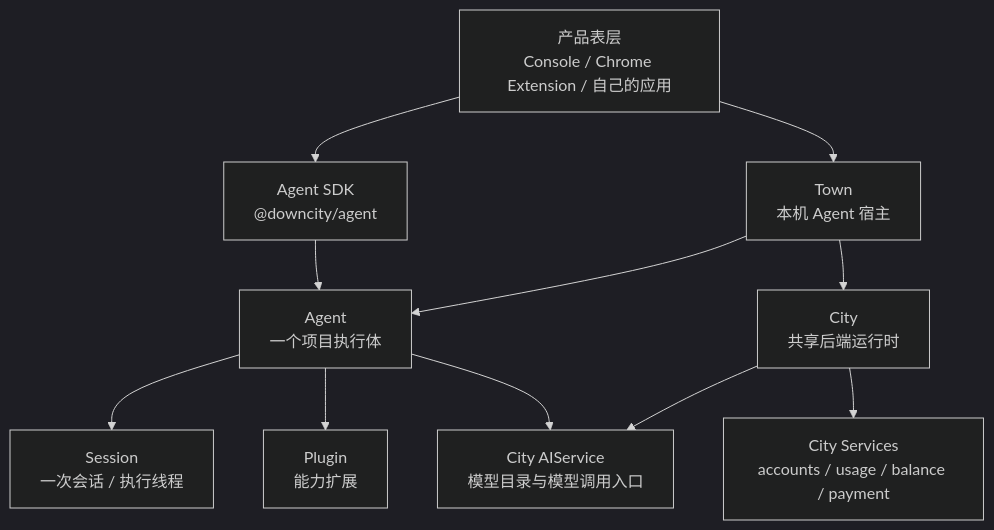
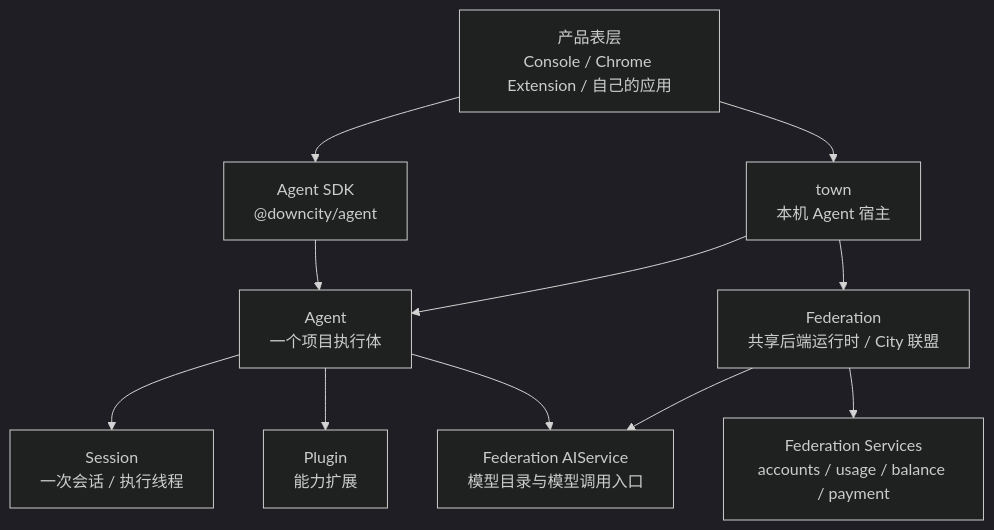
Before and after one commit to wangenius/downcity: the diagram in homepage/content/docs/zh/concepts/downcity-core-concepts.mdx, drawn with Mermaid (dark theme). The commit also changed other lines of this file and 370 other files, not shown here.

Commit message:
feat(city): migrate CityBase/City/Town to Federation/CityPact/City

````diff
--- a/homepage/content/docs/zh/concepts/downcity-core-concepts.mdx
+++ b/homepage/content/docs/zh/concepts/downcity-core-concepts.mdx
@@ -14,13 +14,13 @@
 ```mermaid
 flowchart TD
-  Product["产品表层<br/>Console / Chrome Extension / 自己的应用"] --> Town["Town<br/>本机 Agent 宿主"]
+  Product["产品表层<br/>Console / Chrome Extension / 自己的应用"] --> Town["town<br/>本机 Agent 宿主"]
   Product --> AgentSdk["Agent SDK<br/>@downcity/agent"]
   Town --> Agent["Agent<br/>一个项目执行体"]
   AgentSdk --> Agent
   Agent --> Session["Session<br/>一次会话 / 执行线程"]
   Agent --> Plugin["Plugin<br/>能力扩展"]
-  Town --> City["City<br/>共享后端运行时"]
-  City --> AIService["City AIService<br/>模型目录与模型调用入口"]
-  City --> Service["City Services<br/>accounts / usage / balance / payment"]
+  Town --> Federation["Federation<br/>共享后端运行时 / City 联盟"]
+  Federation --> AIService["Federation AIService<br/>模型目录与模型调用入口"]
+  Federation --> Service["Federation Services<br/>accounts / usage / balance / payment"]
   Agent --> AIService
 ```
````
